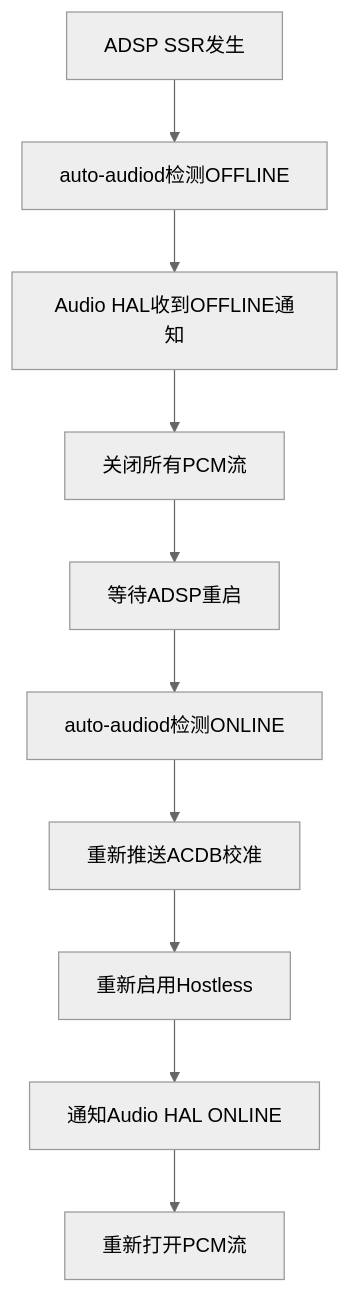
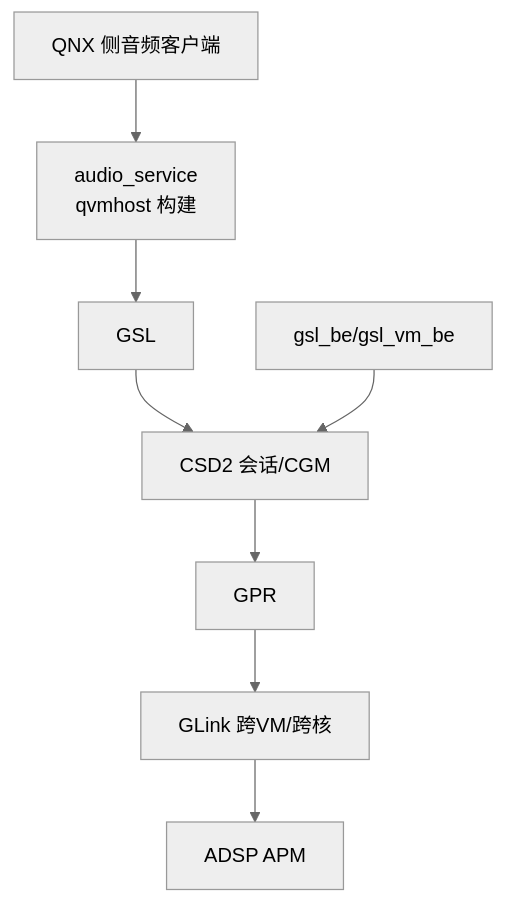
One commit to yanglinzhen1022/SA8295_AAOS_QNX_Audio_KnowledgeBase changed the diagram in 16_Vendor_QNX_Architecture/16_16.15_常见问题与解答Q&A.md. Above: the diagram before and after it, drawn with Mermaid (neutral theme). The commit also changed other lines of this file and 2 other files, not shown here.

````diff
--- a/16_Vendor_QNX_Architecture/16_16.15_常见问题与解答Q&A.md
+++ b/16_Vendor_QNX_Architecture/16_16.15_常见问题与解答Q&A.md
@@ -318,12 +136,10 @@
 ```mermaid
 graph TB
-    SSR[ADSP SSR发生] --> OFFLINE[auto-audiod检测OFFLINE]
-    OFFLINE --> HAL_DOWN[Audio HAL收到OFFLINE通知]
-    HAL_DOWN --> CLOSE_PCM[关闭所有PCM流]
-    CLOSE_PCM --> WAIT[等待ADSP重启]
-    WAIT --> ONLINE[auto-audiod检测ONLINE]
-    ONLINE --> ACDB_RELOAD[重新推送ACDB校准]
-    ACDB_RELOAD --> HOSTLESS[重新启用Hostless]
-    HOSTLESS --> HAL_UP[通知Audio HAL ONLINE]
-    HAL_UP --> REOPEN[重新打开PCM流]
+    APP[QNX 侧音频客户端] --> SVC[audio_service<br/>qvmhost 构建]
+    SVC --> GSL[GSL]
+    GSL --> CSD2[CSD2 会话/CGM]
+    GSLBE[gsl_be/gsl_vm_be] --> CSD2
+    CSD2 --> GPR[GPR]
+    GPR --> GL[GLink 跨VM/跨核]
+    GL --> ADSP[ADSP APM]
 ```
````
